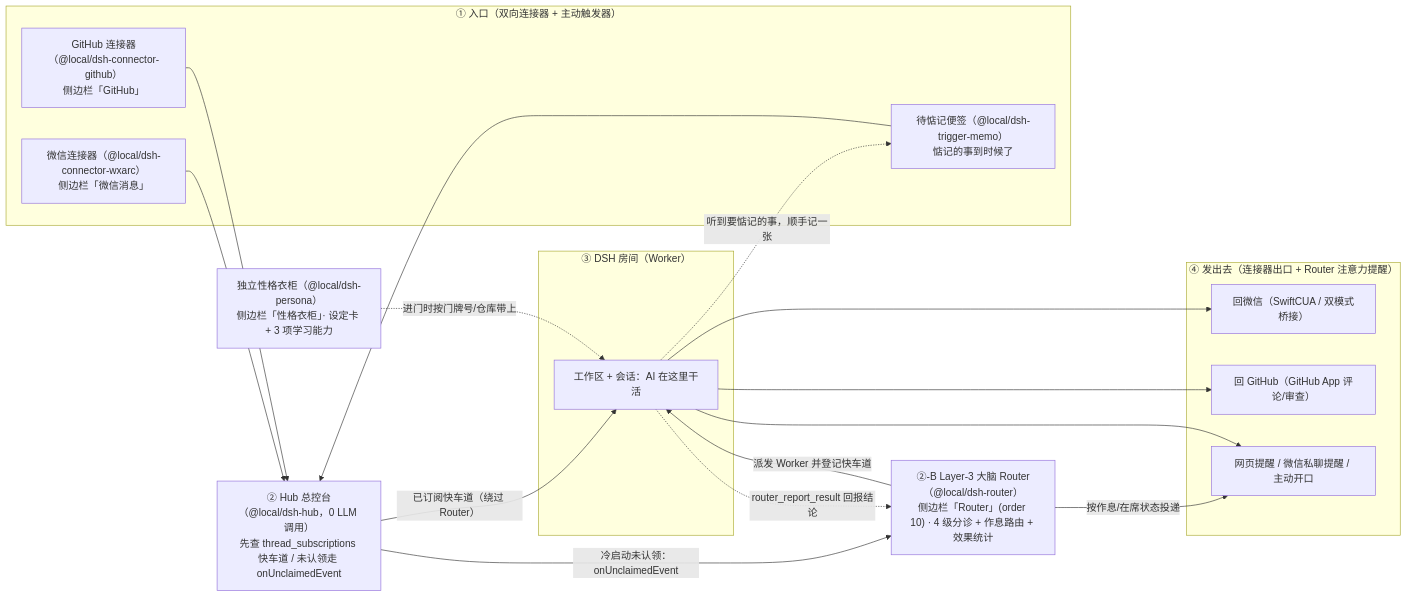
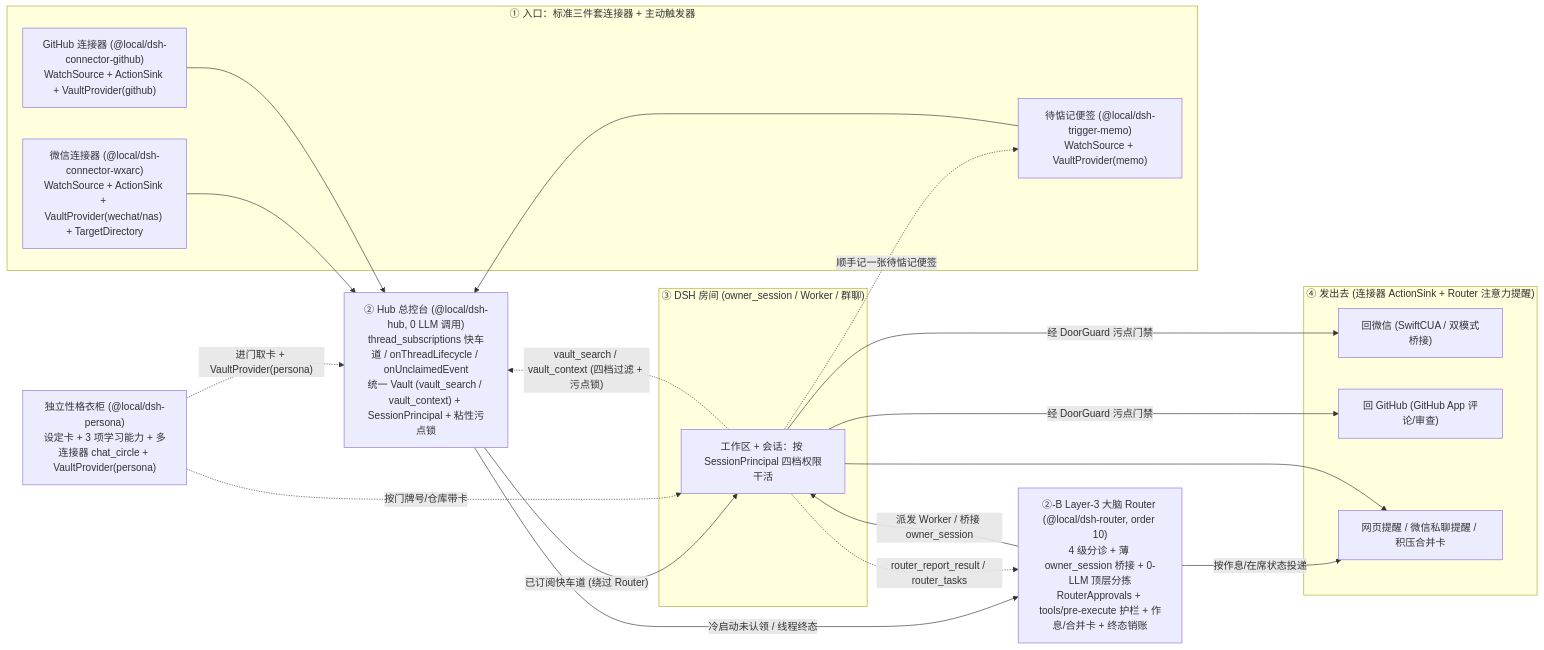
Before and after one commit to V1ki/dsh-watcher: the first of 4 diagrams in docs/01-整体框架图.md, drawn with Mermaid. The commit also changed other lines of this file and 5 other files, not shown here.

Commit message:
docs: update architecture, message flows, security gates, and outbound docs for HubVault and Router refactor

````diff
--- a/docs/01-整体框架图.md
+++ b/docs/01-整体框架图.md
@@ -12,38 +12,40 @@
 ```mermaid
 flowchart LR
-    subgraph IN["① 入口（双向连接器 + 主动触发器）"]
-        WX["微信连接器（@local/dsh-connector-wxarc）<br/>侧边栏「微信消息」"]
-        GH["GitHub 连接器（@local/dsh-connector-github）<br/>侧边栏「GitHub」"]
-        MEMO["待惦记便签（@local/dsh-trigger-memo）<br/>惦记的事到时候了"]
+    subgraph IN["① 入口：标准三件套连接器 + 主动触发器"]
+        WX["微信连接器 (@local/dsh-connector-wxarc)<br/>WatchSource + ActionSink + VaultProvider(wechat/nas) + TargetDirectory"]
+        GH["GitHub 连接器 (@local/dsh-connector-github)<br/>WatchSource + ActionSink + VaultProvider(github)"]
+        MEMO["待惦记便签 (@local/dsh-trigger-memo)<br/>WatchSource + VaultProvider(memo)"]
     end
 
-    HUB["② Hub 总控台（@local/dsh-hub，0 LLM 调用）<br/>先查 thread_subscriptions 快车道 / 未认领走 onUnclaimedEvent"]
+    HUB["② Hub 总控台 (@local/dsh-hub, 0 LLM 调用)<br/>thread_subscriptions 快车道 / onThreadLifecycle / onUnclaimedEvent<br/>统一 Vault (vault_search / vault_context) + SessionPrincipal + 粘性污点锁"]
 
-    ROUTER["②-B Layer-3 大脑 Router（@local/dsh-router）<br/>侧边栏「Router」(order 10) · 4 级分诊 + 作息路由 + 效果统计"]
+    ROUTER["②-B Layer-3 大脑 Router (@local/dsh-router, order 10)<br/>4 级分诊 + 薄 owner_session 桥接 + 0-LLM 顶层分拣<br/>RouterApprovals + tools/pre-execute 护栏 + 作息/合并卡 + 终态销账"]
 
-    subgraph DSH["③ DSH 房间（Worker）"]
-        ROOM["工作区 + 会话：AI 在这里干活"]
+    subgraph DSH["③ DSH 房间 (owner_session / Worker / 群聊)"]
+        ROOM["工作区 + 会话：按 SessionPrincipal 四档权限干活"]
     end
 
-    CARD["独立性格衣柜（@local/dsh-persona）<br/>侧边栏「性格衣柜」· 设定卡 + 3 项学习能力"]
+    CARD["独立性格衣柜 (@local/dsh-persona)<br/>设定卡 + 3 项学习能力 + 多连接器 chat_circle + VaultProvider(persona)"]
 
-    subgraph OUT["④ 发出去（连接器出口 + Router 注意力提醒）"]
-        O1["回微信（SwiftCUA / 双模式桥接）"]
-        O2["回 GitHub（GitHub App 评论/审查）"]
-        O3["网页提醒 / 微信私聊提醒 / 主动开口"]
+    subgraph OUT["④ 发出去 (连接器 ActionSink + Router 注意力提醒)"]
+        O1["回微信 (SwiftCUA / 双模式桥接)"]
+        O2["回 GitHub (GitHub App 评论/审查)"]
+        O3["网页提醒 / 微信私聊提醒 / 积压合并卡"]
     end
 
     WX --> HUB
     GH --> HUB
     MEMO --> HUB
-    HUB -->|"已订阅快车道（绕过 Router）"| ROOM
-    HUB -->|"冷启动未认领：onUnclaimedEvent"| ROUTER
-    ROUTER -->|"派发 Worker 并登记快车道"| ROOM
-    ROOM -.->|"router_report_result 回报结论"| ROUTER
-    CARD -.->|"进门时按门牌号/仓库带上"| ROOM
-    ROOM -.->|"听到要惦记的事，顺手记一张"| MEMO
-    ROOM --> O1
-    ROOM --> O2
+    HUB -->|"已订阅快车道 (绕过 Router)"| ROOM
+    HUB -->|"冷启动未认领 / 线程终态"| ROUTER
+    ROUTER -->|"派发 Worker / 桥接 owner_session"| ROOM
+    ROOM -.->|"router_report_result / router_tasks"| ROUTER
+    ROOM -.->|"vault_search / vault_context (四档过滤 + 污点锁)"| HUB
+    CARD -.->|"进门取卡 + VaultProvider(persona)"| HUB
+    CARD -.->|"按门牌号/仓库带卡"| ROOM
+    ROOM -.->|"顺手记一张待惦记便签"| MEMO
+    ROOM -->|"经 DoorGuard 污点门禁"| O1
+    ROOM -->|"经 DoorGuard 污点门禁"| O2
     ROUTER -->|"按作息/在席状态投递"| O3
     ROOM --> O3
 ```
````
